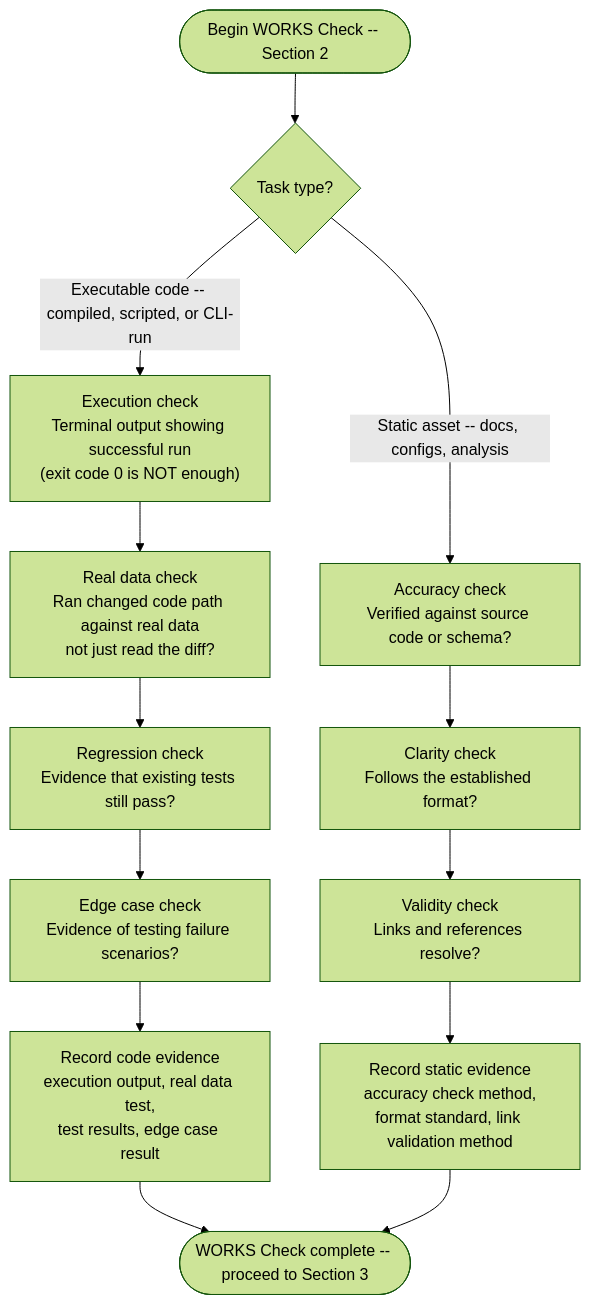
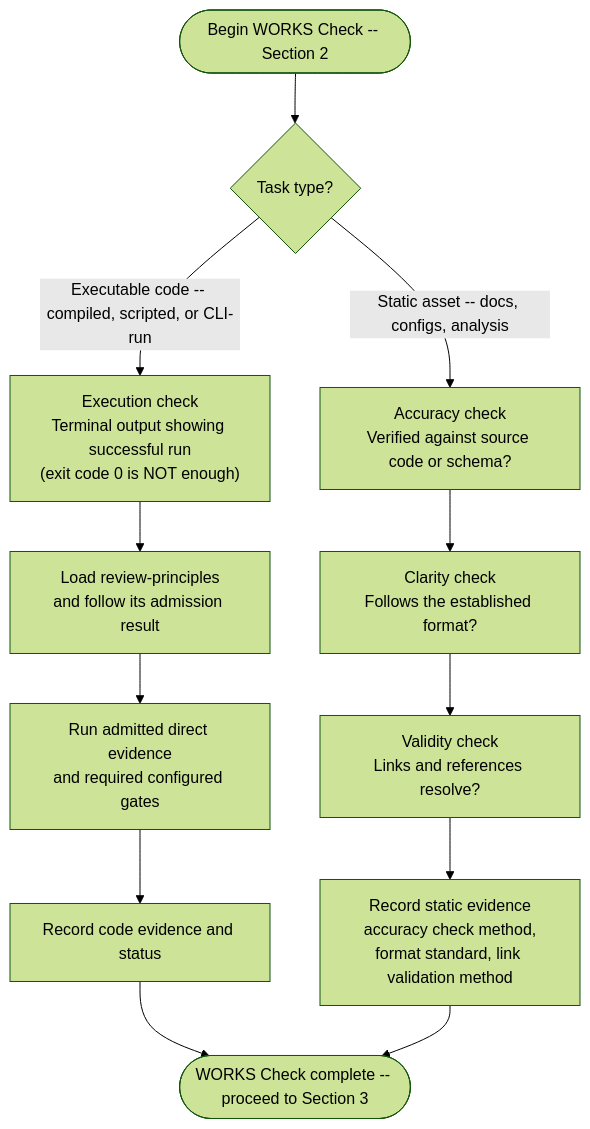
Before and after one commit to Jamie-BitFlight/claude_skills: the first of 3 diagrams in plugins/development-harness/skills/verify-done/SKILL.md, drawn with Mermaid (forest theme). The commit also changed other lines of this file and 21 other files, not shown here.

````diff
--- a/plugins/development-harness/skills/verify-done/SKILL.md
+++ b/plugins/development-harness/skills/verify-done/SKILL.md
@@ -31,15 +34,14 @@
 ```mermaid
 flowchart TD
     Start(["Begin WORKS Check -- Section 2"]) --> Q{"Task type?"}
     Q -->|"Executable code -- compiled, scripted, or CLI-run"| A1["Execution check<br>Terminal output showing successful run<br>(exit code 0 is NOT enough)"]
     Q -->|"Static asset -- docs, configs, analysis"| B1["Accuracy check<br>Verified against source code or schema?"]
-    A1 --> A2["Real data check<br>Ran changed code path against real data<br>not just read the diff?"]
-    A2 --> A3["Regression check<br>Evidence that existing tests still pass?"]
-    A3 --> A4["Edge case check<br>Evidence of testing failure scenarios?"]
-    A4 --> AEvidence["Record code evidence<br>execution output, real data test,<br>test results, edge case result"]
+    A1 --> A2["Load review-principles<br>and follow its admission result"]
+    A2 --> A3["Run admitted direct evidence<br>and required configured gates"]
+    A3 --> AEvidence["Record code evidence and status"]
     B1 --> B2["Clarity check<br>Follows the established format?"]
     B2 --> B3["Validity check<br>Links and references resolve?"]
     B3 --> BEvidence["Record static evidence<br>accuracy check method,<br>format standard, link validation method"]
     AEvidence --> Done(["WORKS Check complete -- proceed to Section 3"])
     BEvidence --> Done
 ```
````
